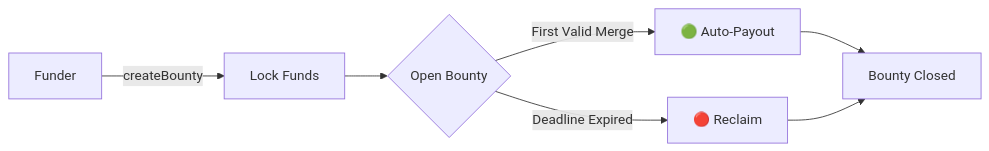
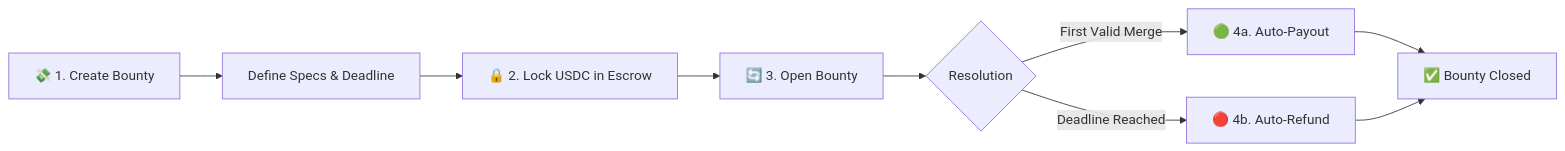
The second of 4 diagrams in README.md (b3ww/ethglobal), drawn with Mermaid before and after one commit. The commit also changed other lines of this file, not shown here.

````diff
--- a/README.md
+++ b/README.md
@@ -13,9 +64,11 @@
 ```mermaid
 graph LR
-    A[Funder] -->|createBounty| B[Lock Funds]
-    B --> C{Open Bounty}
-    C -->|First Valid Merge| D[🟢 Auto-Payout]
-    C -->|Deadline Expired| E[🔴 Reclaim]
-    D --> F[Bounty Closed]
-    E --> F
+    A[💸 1. Create Bounty] --> B[Define Specs & Deadline]
+    B --> C[🔒 2. Lock USDC in Escrow]
+    C --> D[🔄 3. Open Bounty]
+    D --> E{Resolution}
+    E -->|First Valid Merge| F[🟢 4a. Auto-Payout]
+    E -->|Deadline Reached| G[🔴 4b. Auto-Refund]
+    F --> H[✅ Bounty Closed]
+    G --> H
 ```
````
